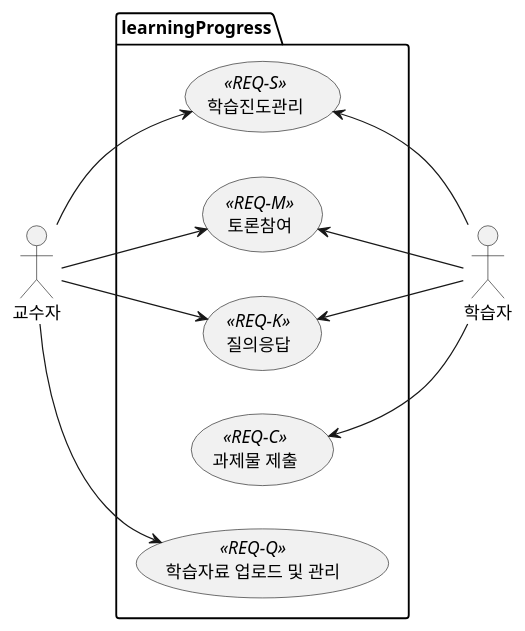
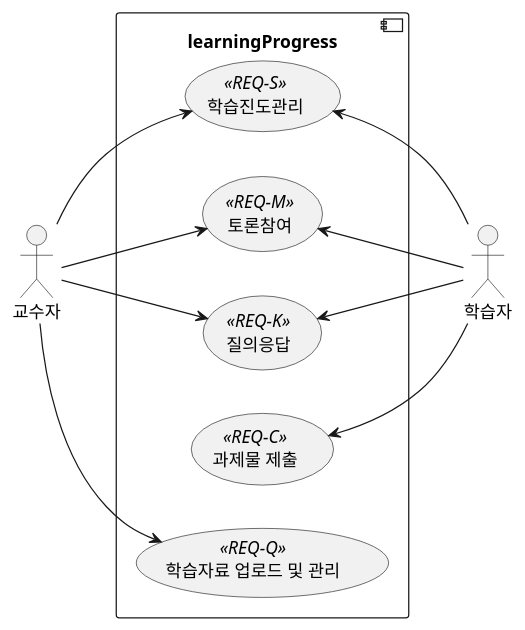
The third of 7 diagrams in README.md (ohhoonim/lms), drawn with PlantUML before and after one commit. The commit also changed other lines of this file and 15 other files, not shown here.

````diff
--- a/README.md
+++ b/README.md
@@ -55,23 +57,23 @@
 ```plantuml
 @startuml
 left to right direction
 :교수자: as professor
 :학습자: as student
 
- package learningProgress {
+ component learningProgress {
         (과제물 제출) as req_c <<REQ-C>>
         (질의응답) as req_k <<REQ-K>>
         (토론참여) as req_m <<REQ-M>>
         (학습자료 업로드 및 관리) as req_q <<REQ-Q>>
         (학습진도관리) as req_s <<REQ-S>>
     }
 professor --> req_k
 professor --> req_m
 professor --> req_q
 professor --> req_s
 student -up-> req_c
 student -up-> req_k
 student -up-> req_m
 student -up-> req_s    
 @enduml
 ```
````
